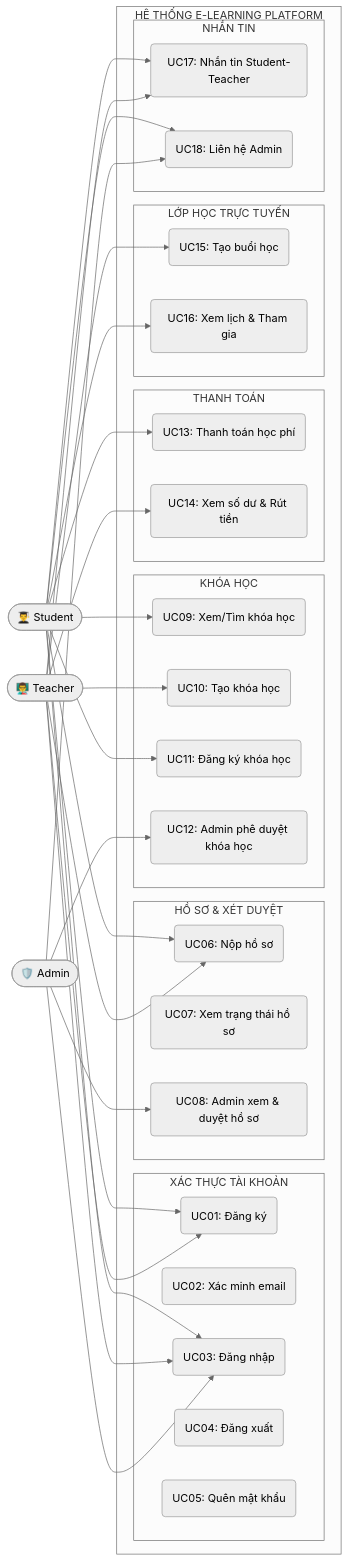
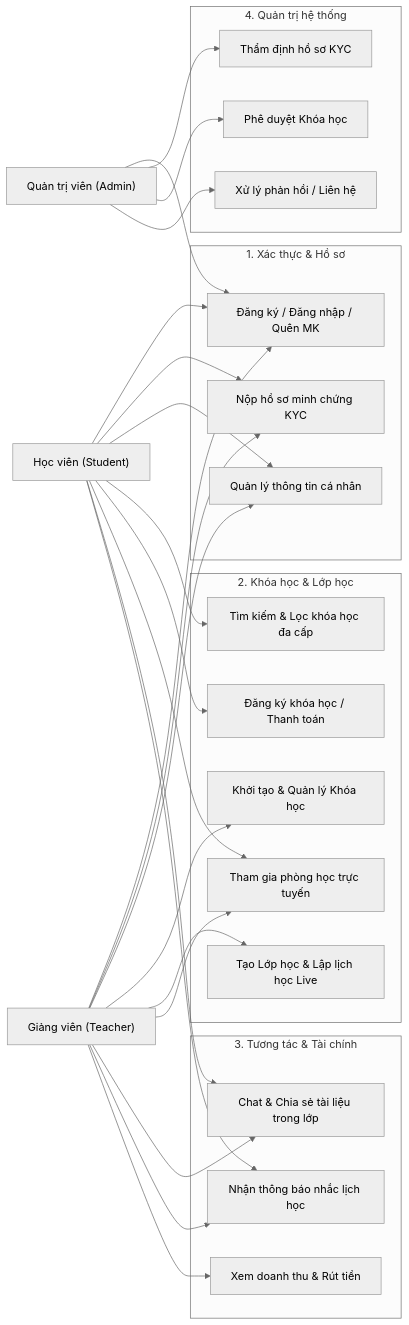
Before and after one commit to manhnguyen270724-sudo/EduPulse: the first of 4 diagrams in TAI_LIEU_DAC_TA.md, drawn with Mermaid (neutral theme). The commit also changed other lines of this file and 3 other files, not shown here.

Commit message:
docs: add comprehensive SRS specification document and system architecture/UI diagrams

````diff
--- a/TAI_LIEU_DAC_TA.md
+++ b/TAI_LIEU_DAC_TA.md
@@ -243,62 +155,56 @@
 ```mermaid
-graph LR
-    Student([👨‍🎓 Student])
-    Teacher([👨‍🏫 Teacher])
-    Admin([🛡️ Admin])
+flowchart LR
+    student["Học viên (Student)"]
+    teacher["Giảng viên (Teacher)"]
+    admin["Quản trị viên (Admin)"]
 
-    subgraph "HỆ THỐNG E-LEARNING PLATFORM"
-        subgraph "XÁC THỰC TÀI KHOẢN"
-            UC01(UC01: Đăng ký)
-            UC02(UC02: Xác minh email)
-            UC03(UC03: Đăng nhập)
-            UC04(UC04: Đăng xuất)
-            UC05(UC05: Quên mật khẩu)
-        end
-        subgraph "HỒ SƠ & XÉT DUYỆT"
-            UC06(UC06: Nộp hồ sơ)
-            UC07(UC07: Xem trạng thái hồ sơ)
-            UC08(UC08: Admin xem & duyệt hồ sơ)
-        end
-        subgraph "KHÓA HỌC"
-            UC09(UC09: Xem/Tìm khóa học)
-            UC10(UC10: Tạo khóa học)
-            UC11(UC11: Đăng ký khóa học)
-            UC12(UC12: Admin phê duyệt khóa học)
-        end
-        subgraph "THANH TOÁN"
-            UC13(UC13: Thanh toán học phí)
-            UC14(UC14: Xem số dư & Rút tiền)
-        end
-        subgraph "LỚP HỌC TRỰC TUYẾN"
-            UC15(UC15: Tạo buổi học)
-            UC16(UC16: Xem lịch & Tham gia)
-        end
-        subgraph "NHẮN TIN"
-            UC17(UC17: Nhắn tin Student-Teacher)
-            UC18(UC18: Liên hệ Admin)
-        end
+    subgraph Auth_KYC ["1. Xác thực & Hồ sơ"]
+        UC01["Đăng ký / Đăng nhập / Quên MK"]
+        UC02["Nộp hồ sơ minh chứng KYC"]
+        UC03["Quản lý thông tin cá nhân"]
     end
 
-    Student --> UC01
-    Student --> UC03
-    Student --> UC06
-    Student --> UC09
-    Student --> UC11
-    Student --> UC13
-    Student --> UC16
-    Student --> UC17
-    Student --> UC18
+    subgraph Course_Class ["2. Khóa học & Lớp học"]
+        UC04["Tìm kiếm & Lọc khóa học đa cấp"]
+        UC05["Đăng ký khóa học / Thanh toán"]
+        UC06["Khởi tạo & Quản lý Khóa học"]
+        UC07["Tạo Lớp học & Lập lịch học Live"]
+        UC08["Tham gia phòng học trực tuyến"]
+    end
 
-    Teacher --> UC01
-    Teacher --> UC03
-    Teacher --> UC06
-    Teacher --> UC10
-    Teacher --> UC15
-    Teacher --> UC14
-    Teacher --> UC17
+    subgraph Interaction ["3. Tương tác & Tài chính"]
+        UC09["Chat & Chia sẻ tài liệu trong lớp"]
+        UC10["Nhận thông báo nhắc lịch học"]
+        UC11["Xem doanh thu & Rút tiền"]
+    end
 
-    Admin --> UC03
-    Admin --> UC08
-    Admin --> UC12
-    Admin --> UC18
+    subgraph Administration ["4. Quản trị hệ thống"]
+        UC12["Thẩm định hồ sơ KYC"]
+        UC13["Phê duyệt Khóa học"]
+        UC14["Xử lý phản hồi / Liên hệ"]
+    end
+
+    student --> UC01
+    student --> UC02
+    student --> UC03
+    student --> UC04
+    student --> UC05
+    student --> UC08
+    student --> UC09
+    student --> UC10
+
+    teacher --> UC01
+    teacher --> UC02
+    teacher --> UC03
+    teacher --> UC06
+    teacher --> UC07
+    teacher --> UC08
+    teacher --> UC09
+    teacher --> UC10
+    teacher --> UC11
+
+    admin --> UC01
+    admin --> UC12
+    admin --> UC13
+    admin --> UC14
 ```
````
